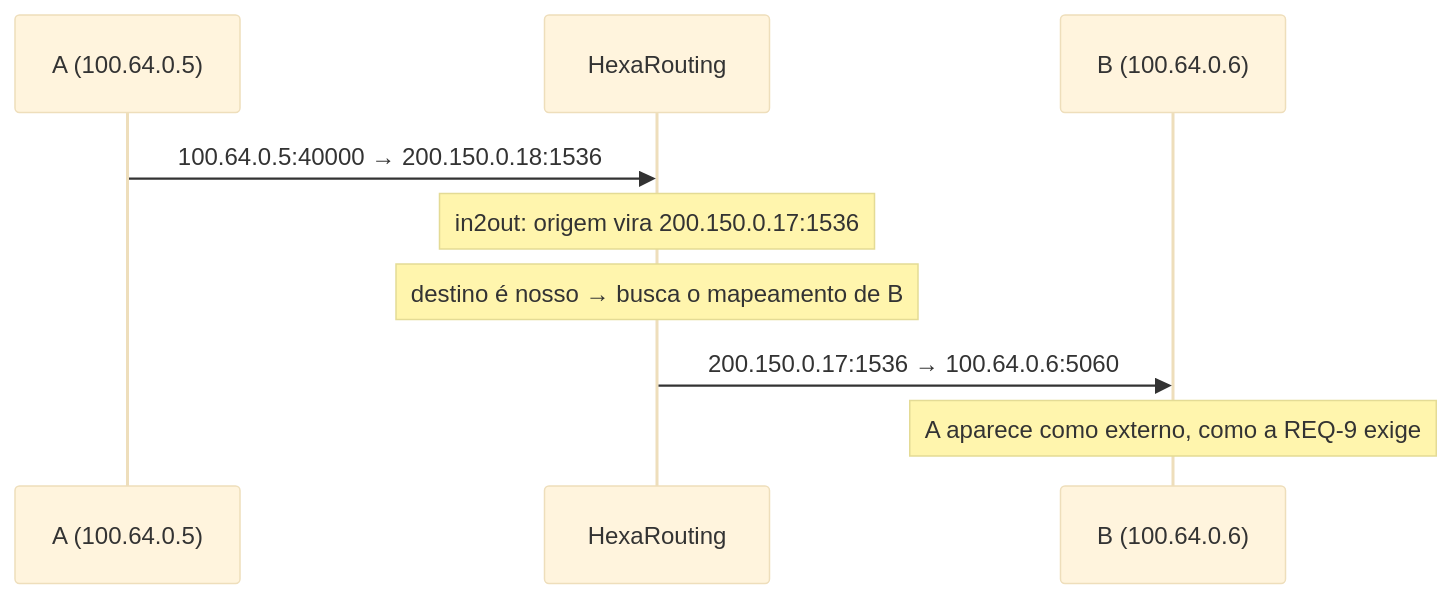
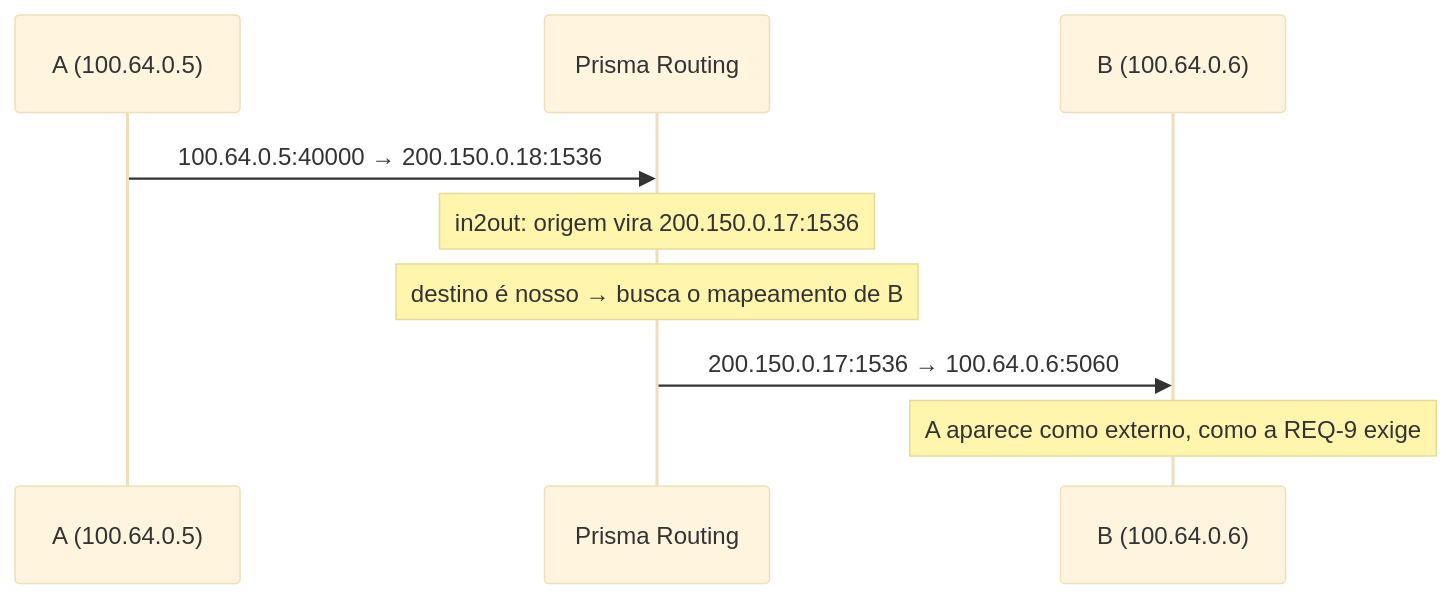
One commit to andrediashexa/prismarouting changed the diagram in wiki/operar/comportamento-nat-e-compatibilidade.md. Above: the diagram before and after it, drawn with Mermaid (base theme). The commit also changed 78 other files, not shown here.

````diff
--- a/wiki/operar/comportamento-nat-e-compatibilidade.md
+++ b/wiki/operar/comportamento-nat-e-compatibilidade.md
@@ -21,11 +21,11 @@
 ```mermaid
 sequenceDiagram
     participant A as A (100.64.0.5)
-    participant N as HexaRouting
+    participant N as Prisma Routing
     participant B as B (100.64.0.6)
     A->>N: 100.64.0.5:40000 → 200.150.0.18:1536
     Note over N: in2out: origem vira 200.150.0.17:1536
     Note over N: destino é nosso → busca o mapeamento de B
     N->>B: 200.150.0.17:1536 → 100.64.0.6:5060
     Note over B: A aparece como externo, como a REQ-9 exige
 ```
````
